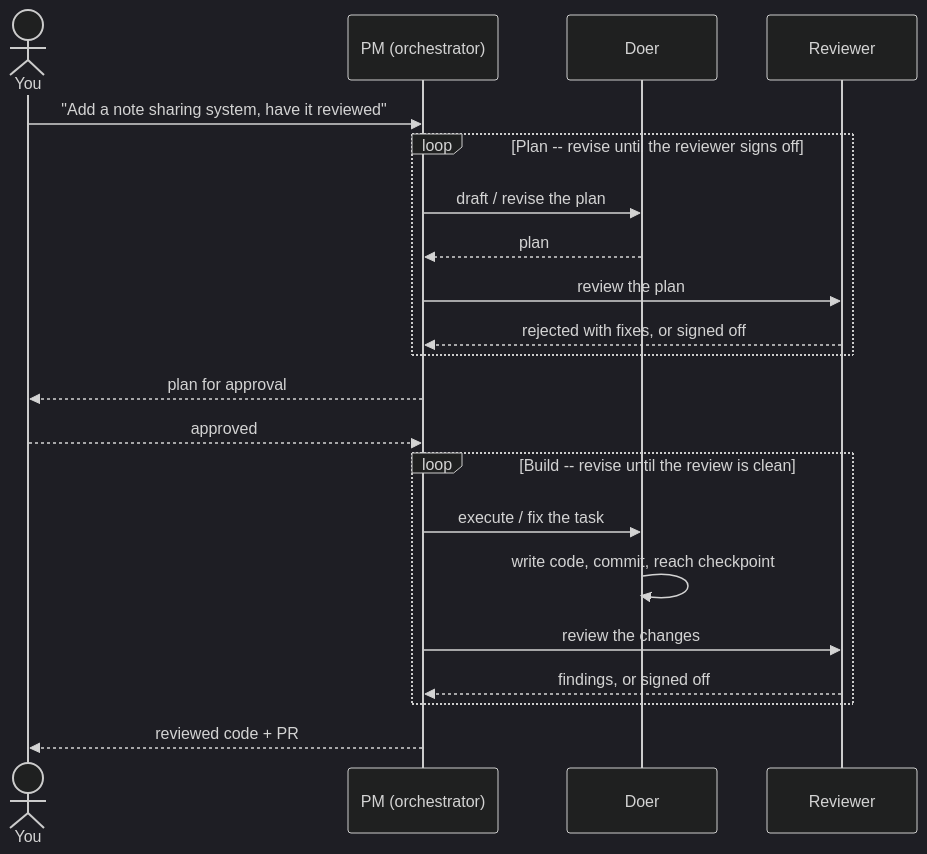
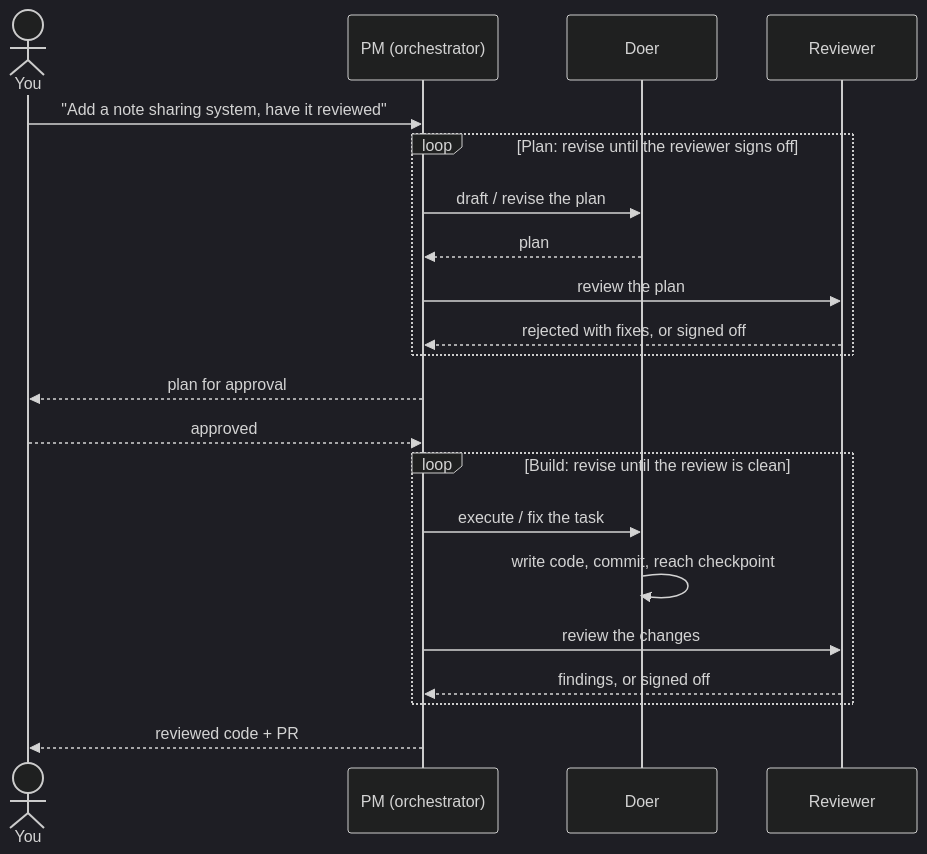
The diagram in README.md (Apra-Labs/apra-fleet), drawn with Mermaid (dark theme) before and after one commit. The commit also changed other lines of this file and 11 other files, not shown here.

````diff
--- a/README.md
+++ b/README.md
@@ -101,23 +103,23 @@
 ```mermaid
 sequenceDiagram
     actor You
     participant PM as PM (orchestrator)
     participant Doer
     participant Reviewer
     You->>PM: "Add a note sharing system, have it reviewed"
-    loop Plan -- revise until the reviewer signs off
+    loop Plan: revise until the reviewer signs off
         PM->>Doer: draft / revise the plan
         Doer-->>PM: plan
         PM->>Reviewer: review the plan
         Reviewer-->>PM: rejected with fixes, or signed off
     end
     PM-->>You: plan for approval
     You-->>PM: approved
-    loop Build -- revise until the review is clean
+    loop Build: revise until the review is clean
         PM->>Doer: execute / fix the task
         Doer->>Doer: write code, commit, reach checkpoint
         PM->>Reviewer: review the changes
         Reviewer-->>PM: findings, or signed off
     end
     PM-->>You: reviewed code + PR
 ```
````
